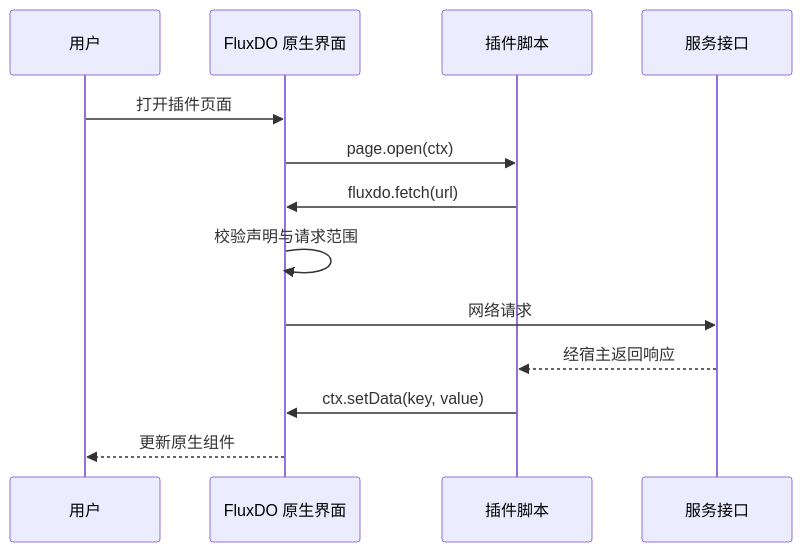
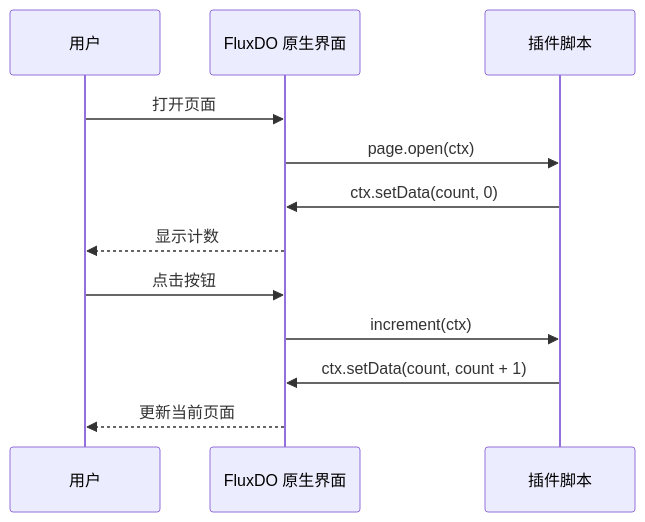
Before and after one commit to Lingyan000/fluxdo: the diagram in docs/plugins/README.md, drawn with Mermaid. The commit also changed other lines of this file and 18 other files, not shown here.

````diff
--- a/docs/plugins/README.md
+++ b/docs/plugins/README.md
@@ -58,15 +70,14 @@
 ```mermaid
 sequenceDiagram
     participant U as 用户
     participant H as FluxDO 原生界面
     participant P as 插件脚本
-    participant A as 服务接口
-    U->>H: 打开插件页面
+    U->>H: 打开页面
     H->>P: page.open(ctx)
-    P->>H: fluxdo.fetch(url)
-    H->>H: 校验声明与请求范围
-    H->>A: 网络请求
-    A-->>P: 经宿主返回响应
-    P->>H: ctx.setData(key, value)
-    H-->>U: 更新原生组件
+    P->>H: ctx.setData(count, 0)
+    H-->>U: 显示计数
+    U->>H: 点击按钮
+    H->>P: increment(ctx)
+    P->>H: ctx.setData(count, count + 1)
+    H-->>U: 更新当前页面
 ```
````
